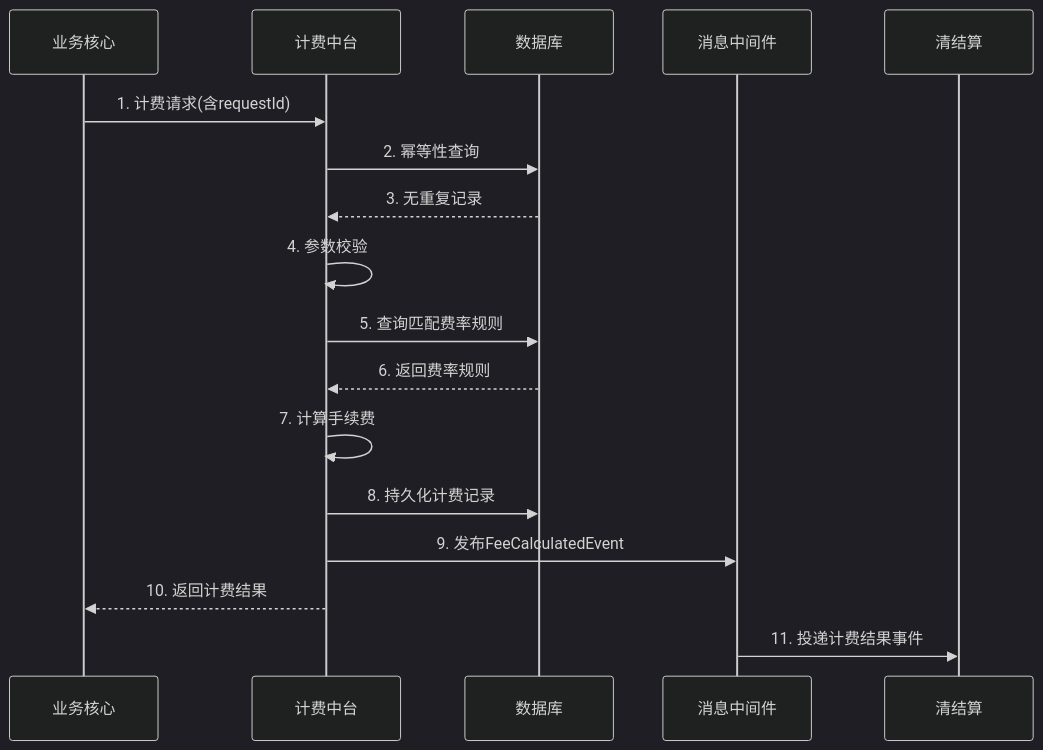
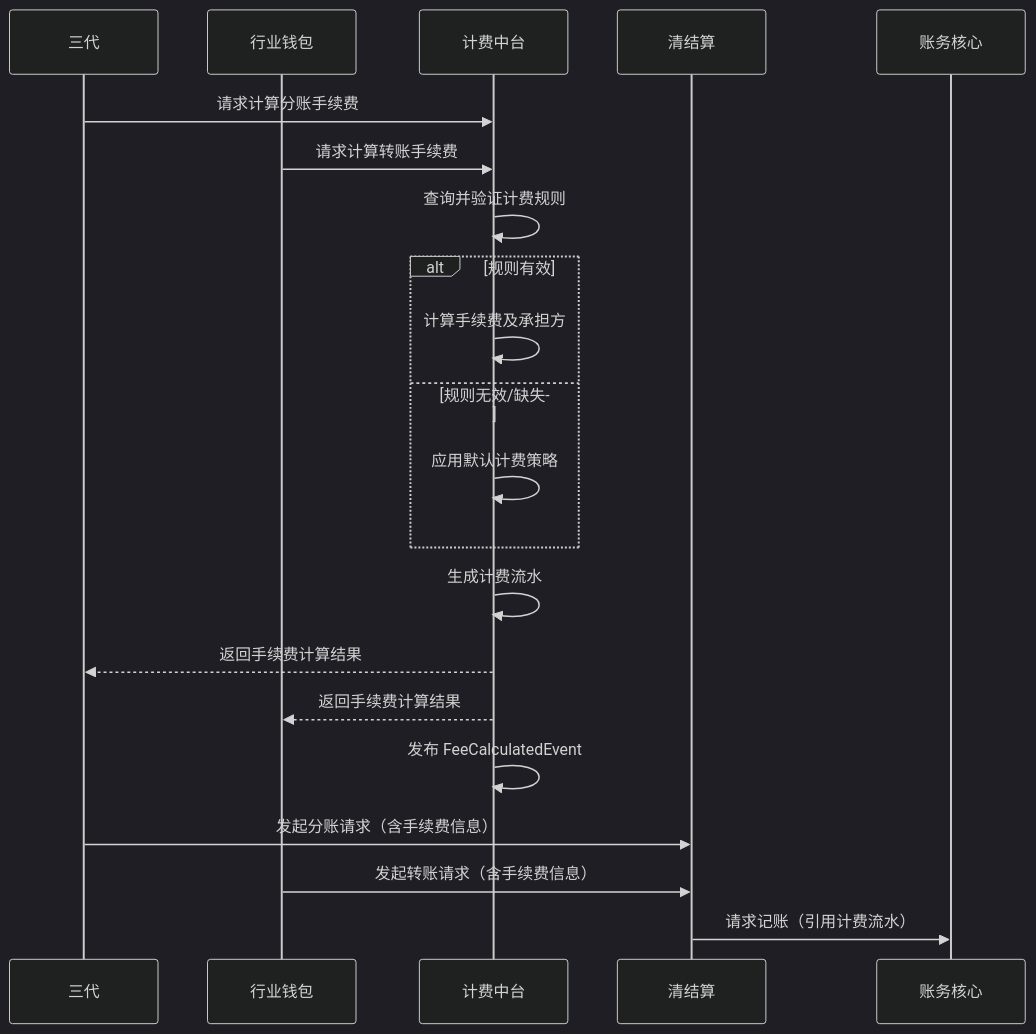
The diagram in data/天财分账需求/gpt-5.2/workspace/02_modules/module_计费中台.md (youzi211/AiCoding), drawn with Mermaid (dark theme) before and after one commit. The commit also changed other lines of this file and 41 other files, not shown here.

````diff
--- a/data/天财分账需求/gpt-5.2/workspace/02_modules/module_计费中台.md
+++ b/data/天财分账需求/gpt-5.2/workspace/02_modules/module_计费中台.md
@@ -91,20 +96,24 @@
 ```mermaid
 sequenceDiagram
-    participant 业务核心
+    participant 三代
+    participant 行业钱包
     participant 计费中台
-    participant 数据库
-    participant 消息中间件
     participant 清结算
+    participant 账务核心
 
-    业务核心->>计费中台: 1. 计费请求(含requestId)
-    计费中台->>数据库: 2. 幂等性查询
-    数据库-->>计费中台: 3. 无重复记录
-    计费中台->>计费中台: 4. 参数校验
-    计费中台->>数据库: 5. 查询匹配费率规则
-    数据库-->>计费中台: 6. 返回费率规则
-    计费中台->>计费中台: 7. 计算手续费
-    计费中台->>数据库: 8. 持久化计费记录
-    计费中台->>消息中间件: 9. 发布FeeCalculatedEvent
-    计费中台-->>业务核心: 10. 返回计费结果
-    消息中间件->>清结算: 11. 投递计费结果事件
+    三代->>计费中台: 请求计算分账手续费
+    行业钱包->>计费中台: 请求计算转账手续费
+    计费中台->>计费中台: 查询并验证计费规则
+    alt 规则有效
+        计费中台->>计费中台: 计算手续费及承担方
+    else 规则无效/缺失
+        计费中台->>计费中台: 应用默认计费策略
+    end
+    计费中台->>计费中台: 生成计费流水
+    计费中台-->>三代: 返回手续费计算结果
+    计费中台-->>行业钱包: 返回手续费计算结果
+    计费中台->>计费中台: 发布 FeeCalculatedEvent
+    三代->>清结算: 发起分账请求（含手续费信息）
+    行业钱包->>清结算: 发起转账请求（含手续费信息）
+    清结算->>账务核心: 请求记账（引用计费流水）
 ```
````
